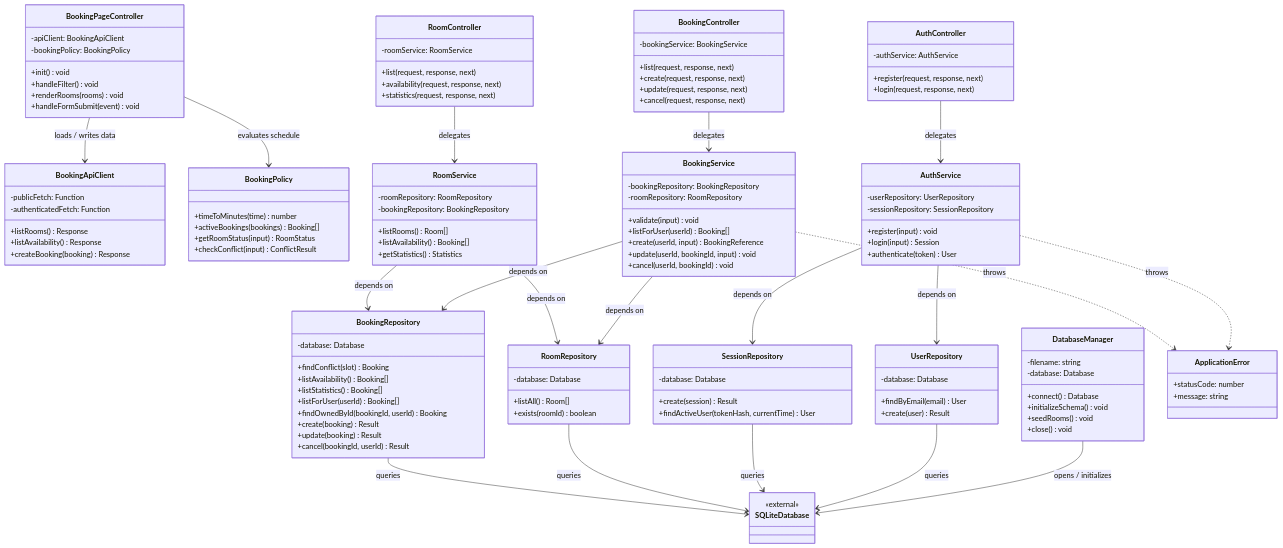
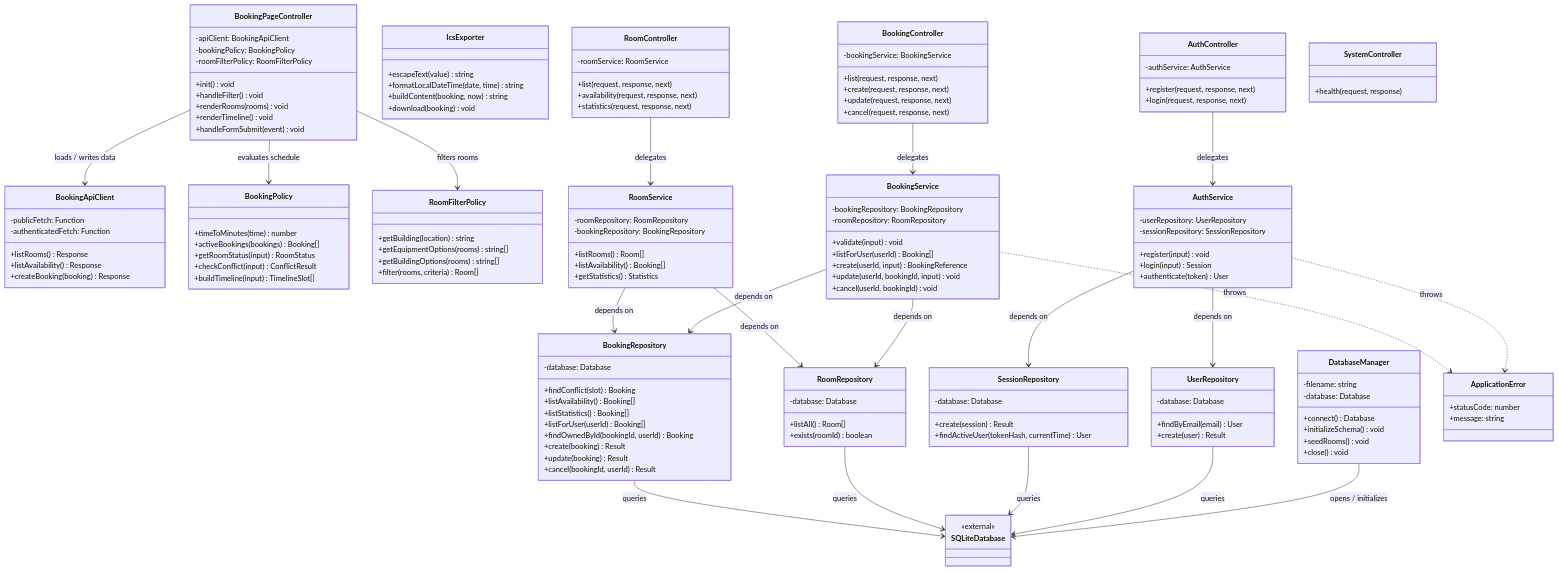
The second of 2 diagrams in docs/architecture/class-diagram.md (Pootanapat/meetra-booking), drawn with Mermaid before and after one commit. The commit also changed other lines of this file and 17 other files, not shown here.

Commit message:
feat: complete timeline filters calendar export and deployment

```diff
--- a/docs/architecture/class-diagram.md
+++ b/docs/architecture/class-diagram.md
@@ -32,9 +32,11 @@
   class BookingPageController {
     -apiClient: BookingApiClient
     -bookingPolicy: BookingPolicy
+    -roomFilterPolicy: RoomFilterPolicy
     +init() void
     +handleFilter() void
     +renderRooms(rooms) void
+    +renderTimeline() void
     +handleFormSubmit(event) void
   }
 
@@ -51,6 +53,21 @@
     +activeBookings(bookings) Booking[]
     +getRoomStatus(input) RoomStatus
     +checkConflict(input) ConflictResult
+    +buildTimeline(input) TimelineSlot[]
+  }
+
+  class RoomFilterPolicy {
+    +getBuilding(location) string
+    +getEquipmentOptions(rooms) string[]
+    +getBuildingOptions(rooms) string[]
+    +filter(rooms, criteria) Room[]
+  }
+
+  class IcsExporter {
+    +escapeText(value) string
+    +formatLocalDateTime(date, time) string
+    +buildContent(booking, now) string
+    +download(booking) void
   }
 
   class DatabaseManager {
@@ -139,6 +156,10 @@
     +statistics(request, response, next)
   }
 
+  class SystemController {
+    +health(request, response)
+  }
+
   class ApplicationError {
     +statusCode: number
     +message: string
@@ -150,6 +171,7 @@
 
   BookingPageController --> BookingApiClient : loads / writes data
   BookingPageController --> BookingPolicy : evaluates schedule
+  BookingPageController --> RoomFilterPolicy : filters rooms
 
   DatabaseManager --> SQLiteDatabase : opens / initializes
   UserRepository --> SQLiteDatabase : queries
```
